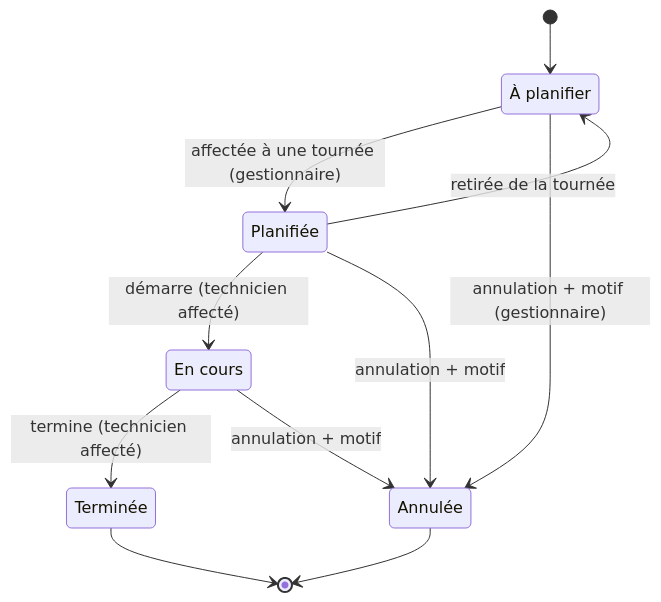
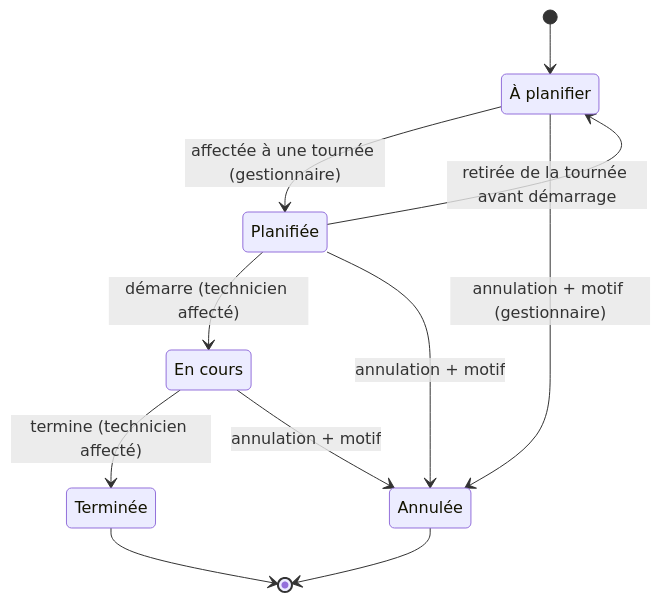
One commit to Falkor555/plumbly-msp2 changed the first of 2 diagrams in docs/cahier-des-charges.md. Above: the diagram before and after it, drawn with Mermaid. The commit also changed other lines of this file, not shown here.

````diff
--- a/docs/cahier-des-charges.md
+++ b/docs/cahier-des-charges.md
@@ -174,19 +176,19 @@
 ```mermaid
 stateDiagram-v2
     [*] --> APlanifier
     APlanifier: À planifier
     Planifiee: Planifiée
     EnCours: En cours
     Terminee: Terminée
     Annulee: Annulée
 
     APlanifier --> Planifiee: affectée à une tournée (gestionnaire)
-    Planifiee --> APlanifier: retirée de la tournée
+    Planifiee --> APlanifier: retirée de la tournée avant démarrage
     Planifiee --> EnCours: démarre (technicien affecté)
     EnCours --> Terminee: termine (technicien affecté)
     APlanifier --> Annulee: annulation + motif (gestionnaire)
     Planifiee --> Annulee: annulation + motif
     EnCours --> Annulee: annulation + motif
     Terminee --> [*]
     Annulee --> [*]
 ```
````
